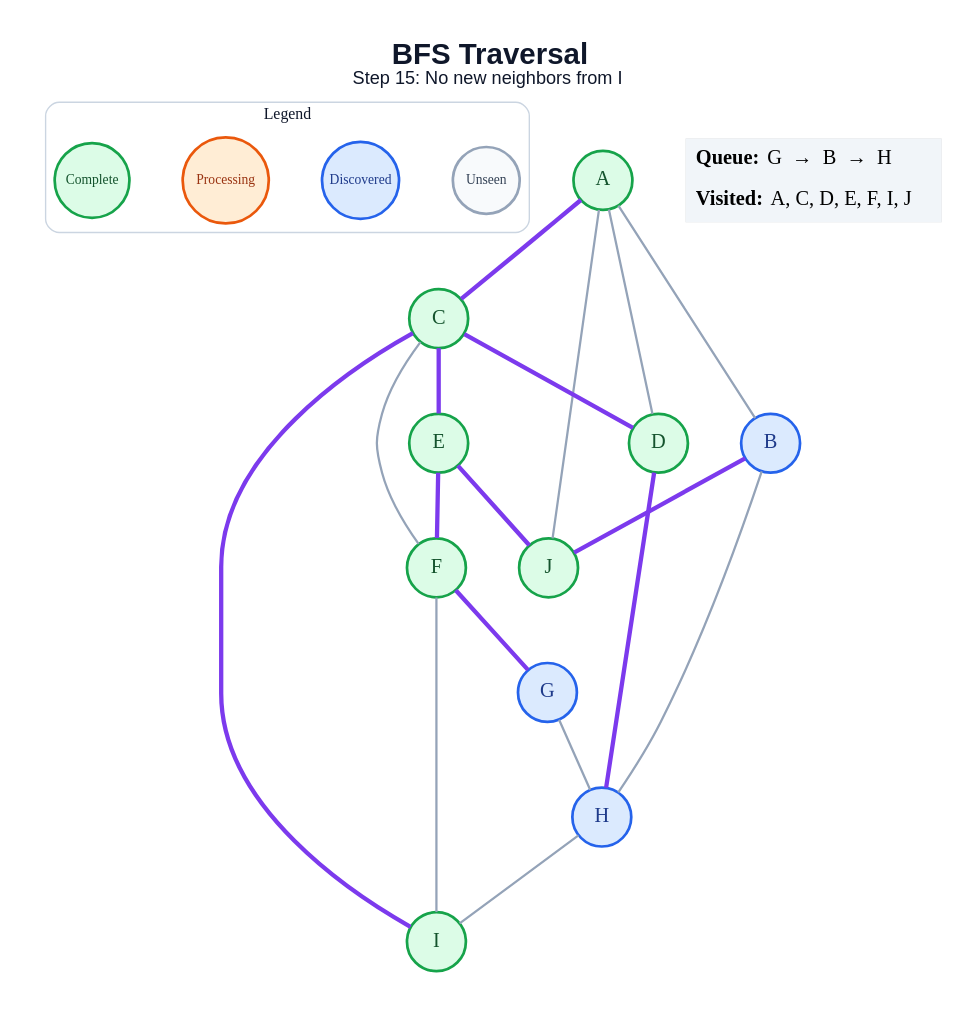
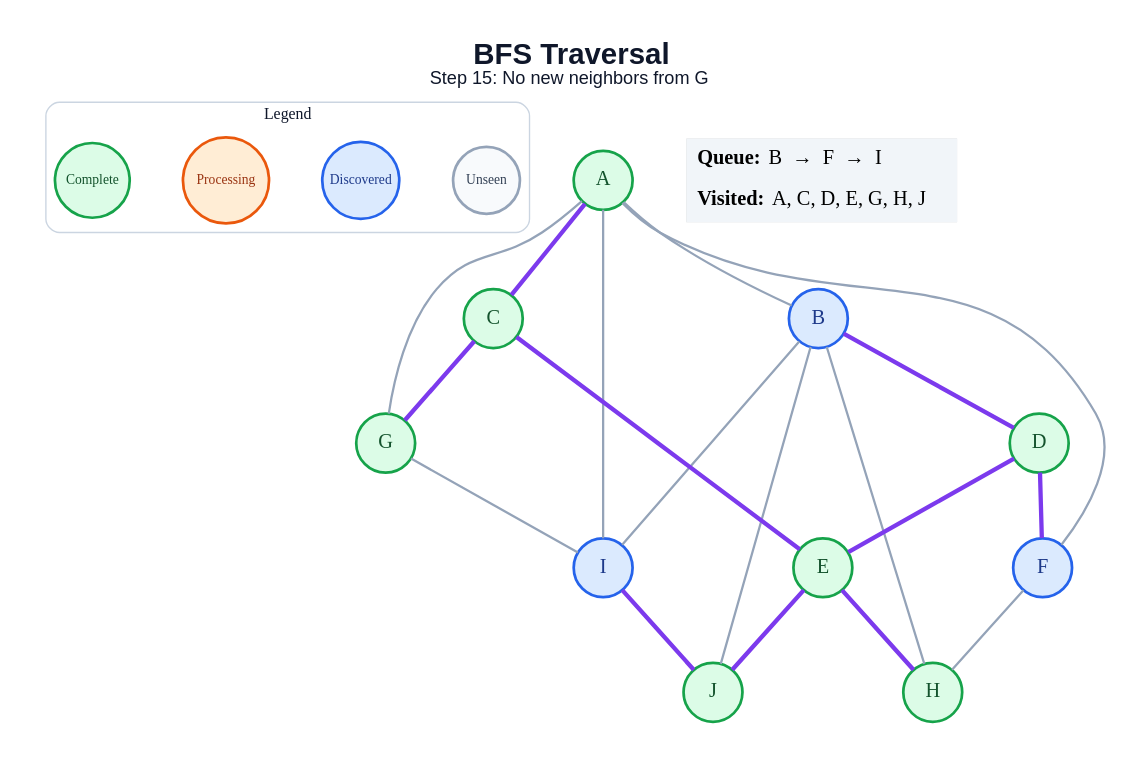
The diagram in generated/specific-node/bfs/step_15.dot (amanghodawala9/ai-slop), drawn with Graphviz before and after one commit. The commit also changed 178 other files, not shown here.

```diff
--- a/generated/specific-node/bfs/step_15.dot
+++ b/generated/specific-node/bfs/step_15.dot
@@ -1,46 +1,47 @@
 graph traversal {
   graph [layout=dot, rankdir=TB, bgcolor="#FFFFFF", pad="0.35", nodesep="0.65", ranksep="0.8", fontname="Arial"];
   node [shape=circle, style="filled", fontname="Arial Bold", fontsize=18, width=0.72, fixedsize=true, penwidth=2.4];
   edge [color="#94A3B8", penwidth=2.0];
-  label=<<B>BFS Traversal</B><BR/><FONT POINT-SIZE="16">Step 15: No new neighbors from I</FONT>>; labelloc="t"; fontsize=26; fontname="Arial"; fontcolor="#0F172A";
+  label=<<B>BFS Traversal</B><BR/><FONT POINT-SIZE="16">Step 15: No new neighbors from G</FONT>>; labelloc="t"; fontsize=26; fontname="Arial"; fontcolor="#0F172A";
   subgraph cluster_legend { label="Legend"; color="#CBD5E1"; penwidth=1.2; style="rounded"; fontsize=14; fontname="Arial Bold";
     key_unseen [label="Unseen", fillcolor="#F8FAFC", color="#94A3B8", fontcolor="#334155", fontsize=12, width=0.82];
     key_frontier [label="Discovered", fillcolor="#DBEAFE", color="#2563EB", fontcolor="#1E3A8A", fontsize=12, width=0.95];
     key_current [label="Processing", fillcolor="#FFEDD5", color="#EA580C", fontcolor="#9A3412", fontsize=12, width=1.05];
     key_done [label="Complete", fillcolor="#DCFCE7", color="#16A34A", fontcolor="#14532D", fontsize=12, width=0.92];
     { rank=same; key_unseen; key_frontier; key_current; key_done; }
   }
   A [fillcolor="#DCFCE7", color="#16A34A", fontcolor="#14532D"];
   B [fillcolor="#DBEAFE", color="#2563EB", fontcolor="#1E3A8A"];
   C [fillcolor="#DCFCE7", color="#16A34A", fontcolor="#14532D"];
   D [fillcolor="#DCFCE7", color="#16A34A", fontcolor="#14532D"];
   E [fillcolor="#DCFCE7", color="#16A34A", fontcolor="#14532D"];
-  F [fillcolor="#DCFCE7", color="#16A34A", fontcolor="#14532D"];
-  G [fillcolor="#DBEAFE", color="#2563EB", fontcolor="#1E3A8A"];
-  H [fillcolor="#DBEAFE", color="#2563EB", fontcolor="#1E3A8A"];
-  I [fillcolor="#DCFCE7", color="#16A34A", fontcolor="#14532D"];
+  F [fillcolor="#DBEAFE", color="#2563EB", fontcolor="#1E3A8A"];
+  G [fillcolor="#DCFCE7", color="#16A34A", fontcolor="#14532D"];
+  H [fillcolor="#DCFCE7", color="#16A34A", fontcolor="#14532D"];
+  I [fillcolor="#DBEAFE", color="#2563EB", fontcolor="#1E3A8A"];
   J [fillcolor="#DCFCE7", color="#16A34A", fontcolor="#14532D"];
   A -- B;
   A -- C [color="#7C3AED", penwidth=3.8];
-  A -- D;
-  A -- J;
+  A -- F;
+  A -- G;
+  A -- I;
+  B -- D [color="#7C3AED", penwidth=3.8];
   B -- H;
-  B -- J [color="#7C3AED", penwidth=3.8];
-  C -- D [color="#7C3AED", penwidth=3.8];
+  B -- I;
+  B -- J;
   C -- E [color="#7C3AED", penwidth=3.8];
-  C -- F;
-  C -- I [color="#7C3AED", penwidth=3.8];
-  D -- H [color="#7C3AED", penwidth=3.8];
-  E -- F [color="#7C3AED", penwidth=3.8];
+  C -- G [color="#7C3AED", penwidth=3.8];
+  D -- E [color="#7C3AED", penwidth=3.8];
+  D -- F [color="#7C3AED", penwidth=3.8];
+  E -- H [color="#7C3AED", penwidth=3.8];
   E -- J [color="#7C3AED", penwidth=3.8];
-  F -- G [color="#7C3AED", penwidth=3.8];
-  F -- I;
-  G -- H;
-  H -- I;
+  F -- H;
+  G -- I;
+  I -- J [color="#7C3AED", penwidth=3.8];
   status [shape=plain, fixedsize=false, width=0, height=0, margin=0, label=<
     <TABLE BORDER="0" CELLBORDER="0" CELLPADDING="7" BGCOLOR="#F1F5F9">
-      <TR><TD ALIGN="LEFT"><B>Queue:</B> G  →  B  →  H</TD></TR>
-      <TR><TD ALIGN="LEFT"><B>Visited:</B> A, C, D, E, F, I, J</TD></TR>
+      <TR><TD ALIGN="LEFT"><B>Queue:</B> B  →  F  →  I</TD></TR>
+      <TR><TD ALIGN="LEFT"><B>Visited:</B> A, C, D, E, G, H, J</TD></TR>
     </TABLE>
   >];
 }
```
